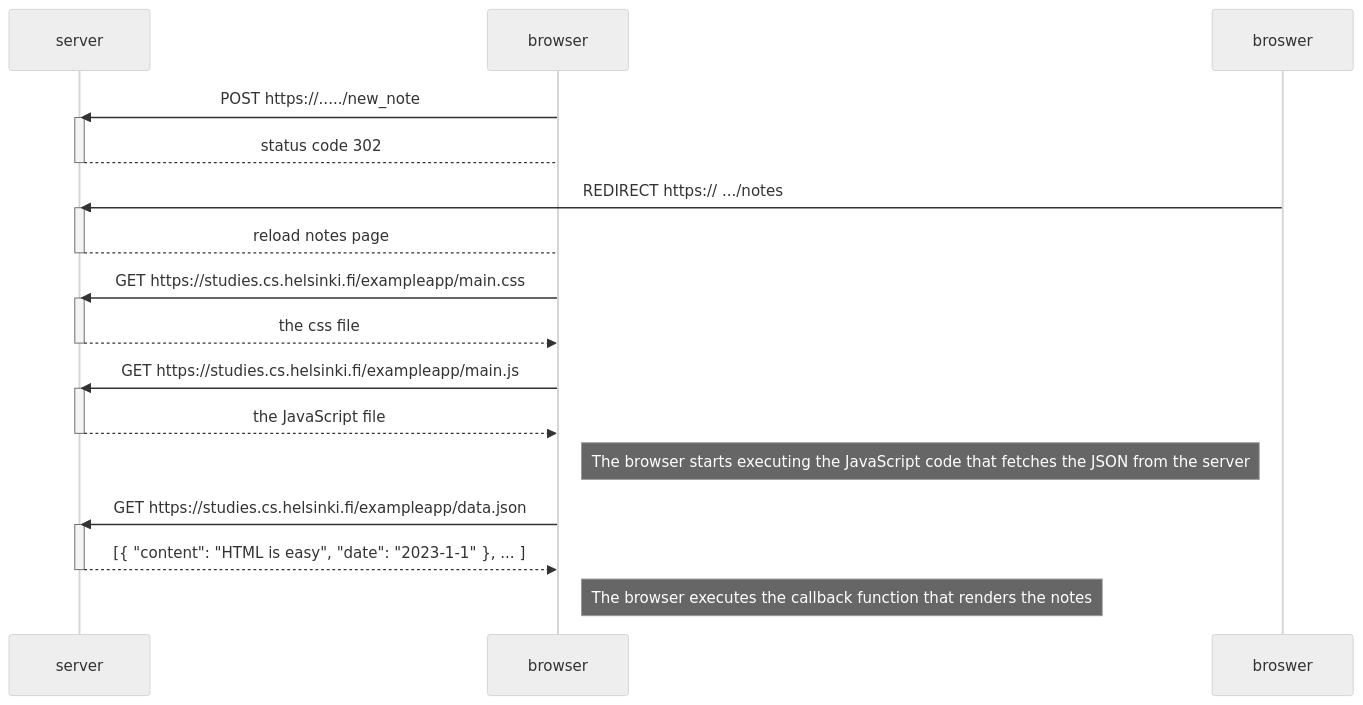
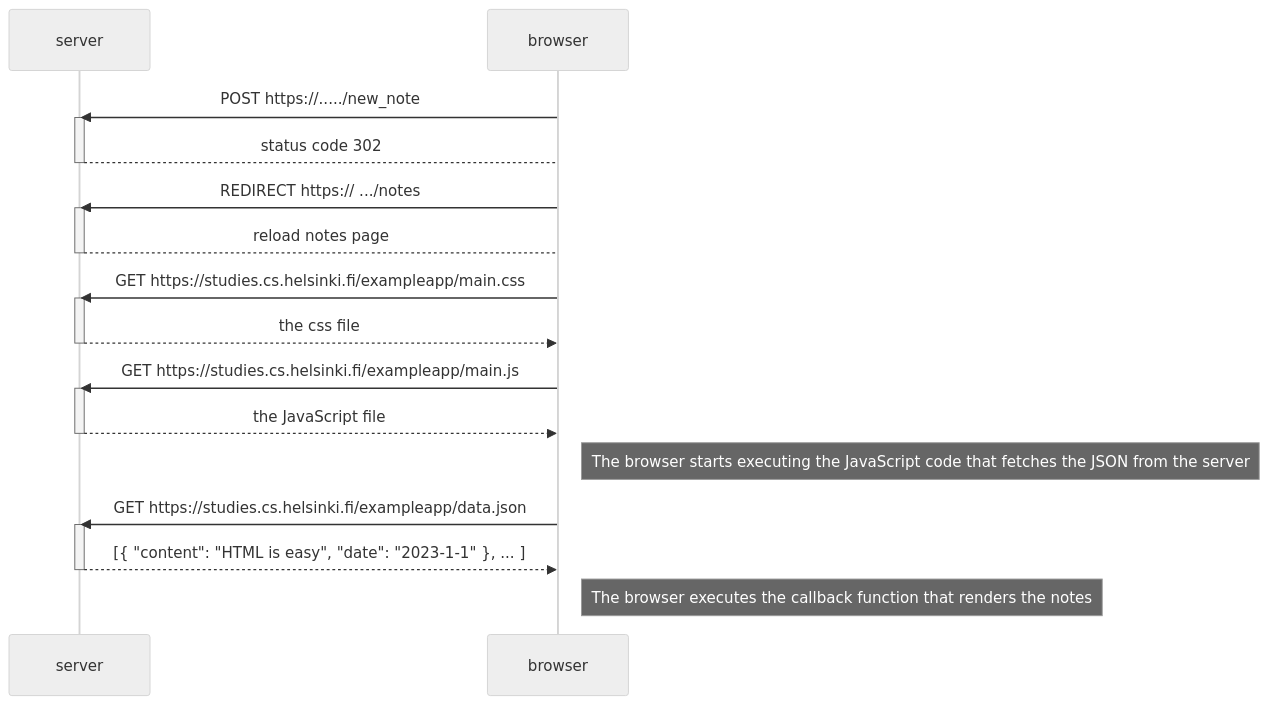
One commit to iiqra-khan/part0 changed the diagram in excercise0.4.md. Above: the diagram before and after it, drawn with Mermaid (neutral theme).

Commit message:
fixed syntax

````diff
--- a/excercise0.4.md
+++ b/excercise0.4.md
@@ -1,35 +1,35 @@
 ```mermaid
 sequenceDiagram
 participant server
 participant browser
 
 browser->>server: POST https://...../new_note
 activate server
 server-->browser: status code 302
 deactivate server
 
-broswer->>server: REDIRECT https:// .../notes
+browser->>server: REDIRECT https:// .../notes
 activate server
 server-->browser: reload notes page
 deactivate server
 
 browser->>server: GET https://studies.cs.helsinki.fi/exampleapp/main.css
 activate server
 server-->>browser: the css file
 deactivate server
 
 browser->>server: GET https://studies.cs.helsinki.fi/exampleapp/main.js
 activate server
 server-->>browser: the JavaScript file
 deactivate server
 
 Note right of browser: The browser starts executing the JavaScript code that fetches the JSON from the server
 
 browser->>server: GET https://studies.cs.helsinki.fi/exampleapp/data.json
 activate server
 server-->>browser: [{ "content": "HTML is easy", "date": "2023-1-1" }, ... ]
 deactivate server
 
 Note right of browser: The browser executes the callback function that renders the notes
 
 ```
````
